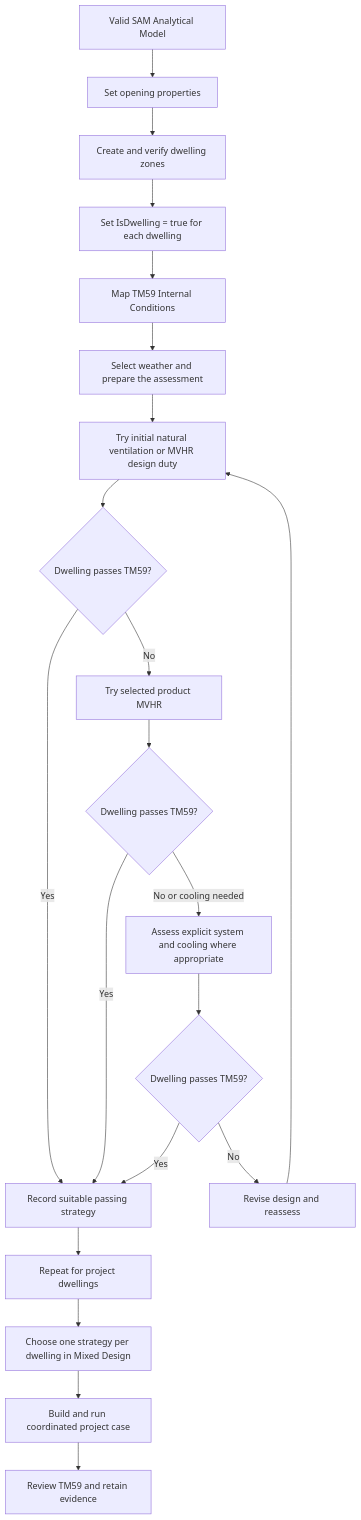
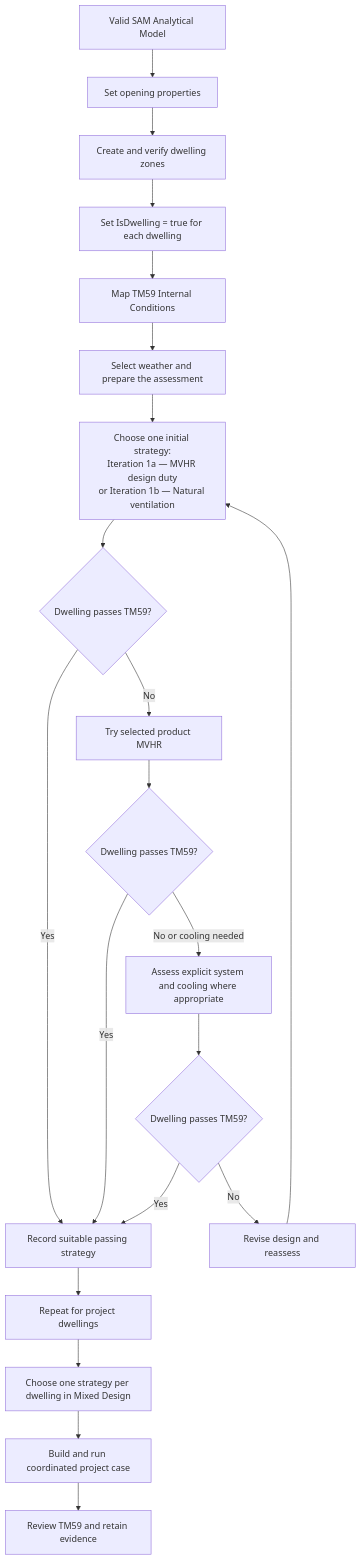
Before and after one commit to HoareLea/SAM_UI: the first of 2 diagrams in documentation/user-guides/Part-O-Prepare-and-Run.md, drawn with Mermaid. The commit also changed other lines of this file and 1 other file, not shown here.

````diff
--- a/documentation/user-guides/Part-O-Prepare-and-Run.md
+++ b/documentation/user-guides/Part-O-Prepare-and-Run.md
@@ -10,23 +10,23 @@
 ```mermaid
 flowchart TD
     A[Valid SAM Analytical Model] --> B[Set opening properties]
     B --> C[Create and verify dwelling zones]
     C --> D[Set IsDwelling = true for each dwelling]
     D --> E[Map TM59 Internal Conditions]
     E --> F[Select weather and prepare the assessment]
-    F --> G[Try initial natural ventilation or MVHR design duty]
+    F --> G[Choose one initial strategy:<br/>Iteration 1a — MVHR design duty<br/>or Iteration 1b — Natural ventilation]
     G --> H{Dwelling passes TM59?}
     H -->|Yes| P[Record suitable passing strategy]
     H -->|No| I[Try selected product MVHR]
     I --> J{Dwelling passes TM59?}
     J -->|Yes| P
     J -->|No or cooling needed| K[Assess explicit system and cooling where appropriate]
     K --> L{Dwelling passes TM59?}
     L -->|Yes| P
     L -->|No| M[Revise design and reassess]
     M --> G
     P --> N[Repeat for project dwellings]
     N --> O[Choose one strategy per dwelling in Mixed Design]
     O --> Q[Build and run coordinated project case]
     Q --> R[Review TM59 and retain evidence]
 ```
````
